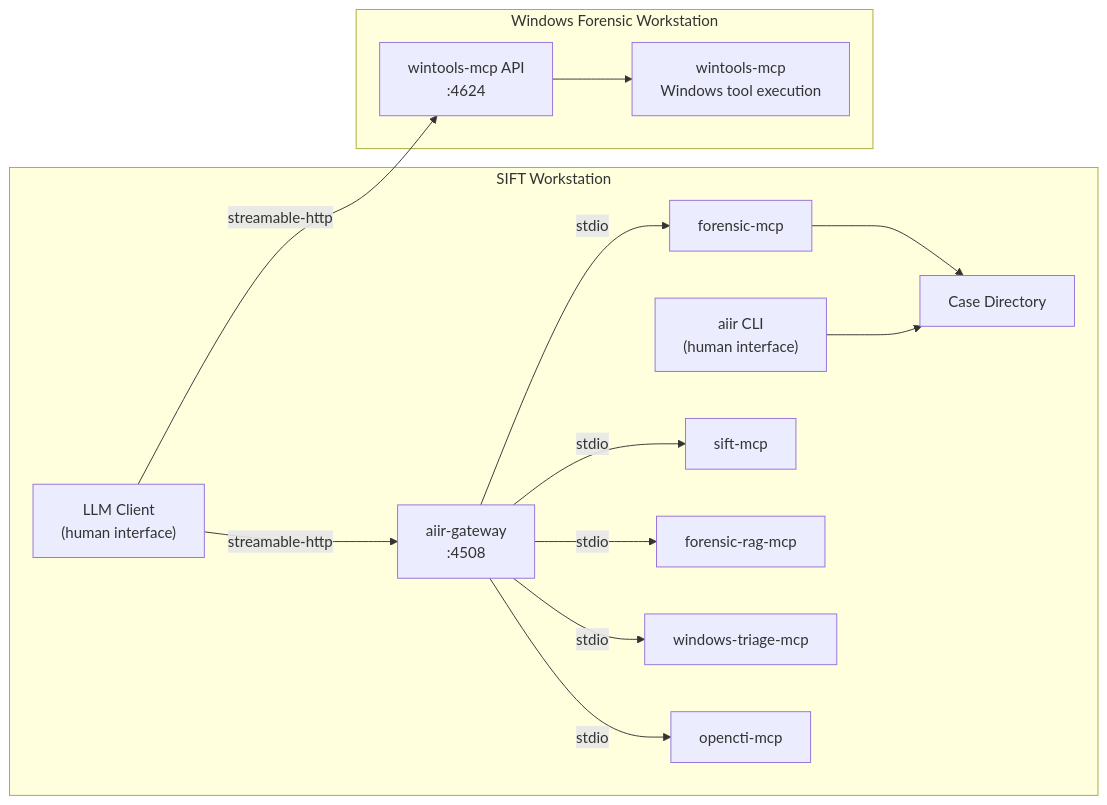
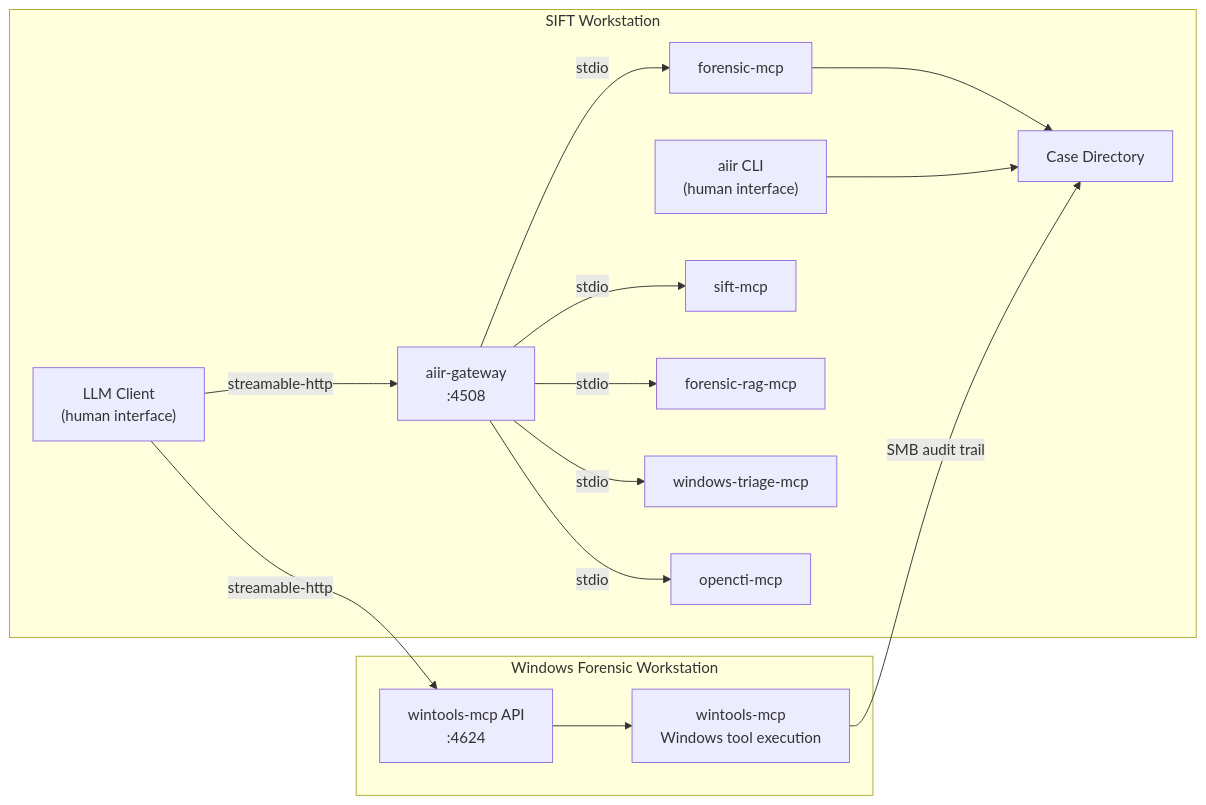
The third of 6 diagrams in README.md (AppliedIR/aiir), drawn with Mermaid before and after one commit. The commit also changed other lines of this file, not shown here.

Commit message:
add SMB audit trail connection from wintools-mcp to case directory in all diagrams

````diff
--- a/README.md
+++ b/README.md
@@ -95,32 +96,33 @@
 ```mermaid
 graph LR
     subgraph sift ["SIFT Workstation"]
         CC["LLM Client<br/>(human interface)"]
         CLI["aiir CLI<br/>(human interface)"]
         GW["aiir-gateway<br/>:4508"]
         FM[forensic-mcp]
         SM[sift-mcp]
         FR[forensic-rag-mcp]
         WTR[windows-triage-mcp]
         OC[opencti-mcp]
         CASE[Case Directory]
 
         CC -->|"streamable-http"| GW
         GW -->|stdio| FM
         GW -->|stdio| SM
         GW -->|stdio| FR
         GW -->|stdio| WTR
         GW -->|stdio| OC
         FM --> CASE
         CLI --> CASE
     end
 
     subgraph winbox ["Windows Forensic Workstation"]
         WAPI["wintools-mcp API<br/>:4624"]
         WM["wintools-mcp<br/>Windows tool execution"]
 
         WAPI --> WM
     end
 
     CC -->|"streamable-http"| WAPI
+    WM -->|"SMB audit trail"| CASE
 ```
````
